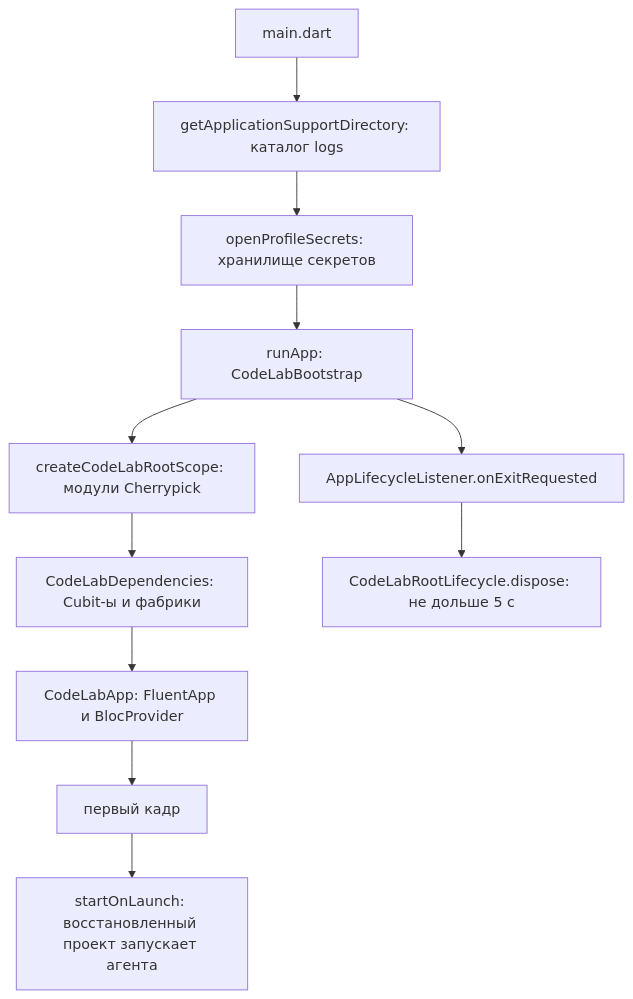
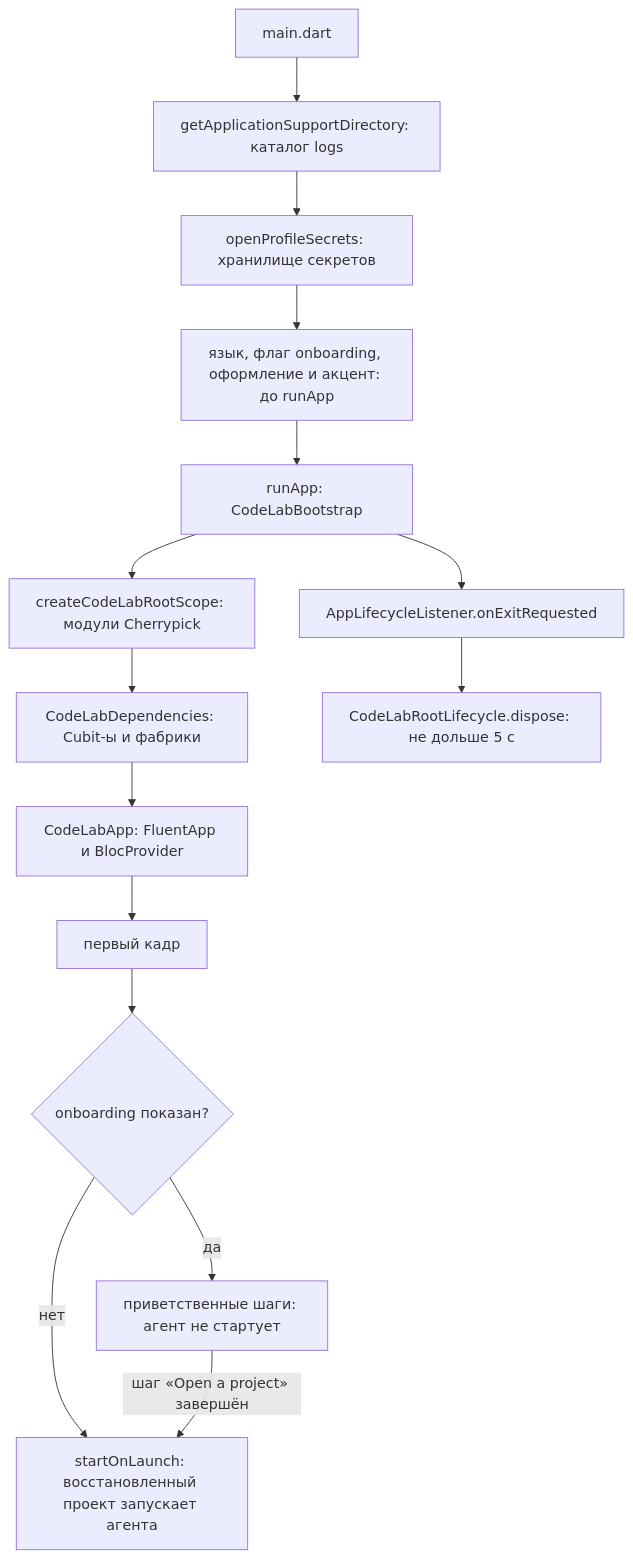
The second of 2 diagrams in apps/codelab_desktop/doc/development.md (pese-git/codelab-app), drawn with Mermaid before and after one commit. The commit also changed other lines of this file and 7 other files, not shown here.

````diff
--- a/apps/codelab_desktop/doc/development.md
+++ b/apps/codelab_desktop/doc/development.md
@@ -72,13 +76,17 @@
 ```mermaid
 flowchart TD
   main["main.dart"] --> support["getApplicationSupportDirectory: каталог logs"]
   support --> secrets["openProfileSecrets: хранилище секретов"]
-  secrets --> run["runApp: CodeLabBootstrap"]
+  secrets --> prefs["язык, флаг onboarding, оформление и акцент: до runApp"]
+  prefs --> run["runApp: CodeLabBootstrap"]
   run --> scope["createCodeLabRootScope: модули Cherrypick"]
   scope --> deps["CodeLabDependencies: Cubit-ы и фабрики"]
   deps --> app["CodeLabApp: FluentApp и BlocProvider"]
   app --> frame["первый кадр"]
-  frame --> start["startOnLaunch: восстановленный проект запускает агента"]
+  frame --> gate{"onboarding показан?"}
+  gate -->|"нет"| start["startOnLaunch: восстановленный проект запускает агента"]
+  gate -->|"да"| steps["приветственные шаги: агент не стартует"]
+  steps -->|"шаг «Open a project» завершён"| start
   run --> exit["AppLifecycleListener.onExitRequested"]
   exit --> dispose["CodeLabRootLifecycle.dispose: не дольше 5 с"]
 ```
````
